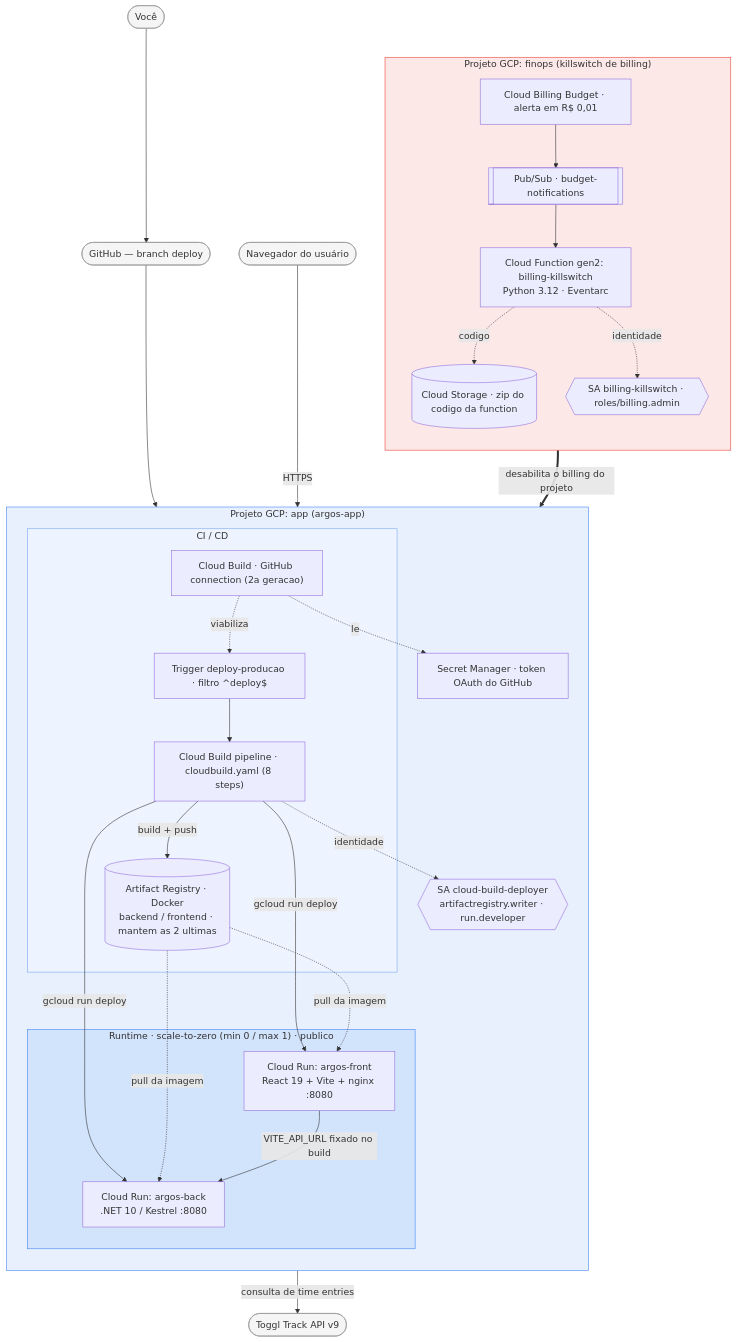
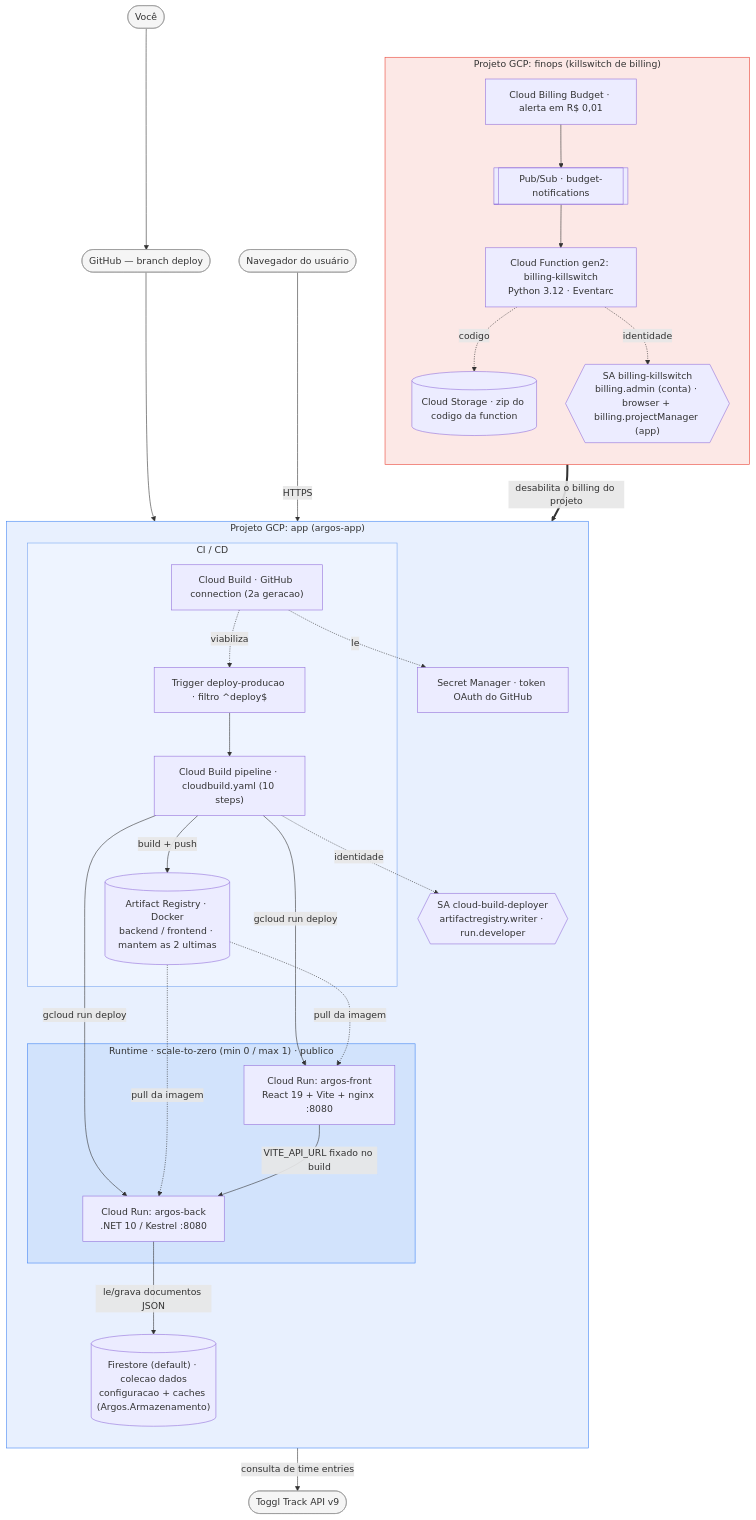
Before and after one commit to GlerystonMatos/argos: the diagram in argos-infra/README.md, drawn with Mermaid. The commit also changed other lines of this file and 86 other files, not shown here.

````diff
--- a/argos-infra/README.md
+++ b/argos-infra/README.md
@@ -10,57 +10,59 @@
 ```mermaid
 flowchart TB
     dev(["Você"]):::ext
     user(["Navegador do usuário"]):::ext
     toggl(["Toggl Track API v9"]):::ext
     gh(["GitHub — branch deploy"]):::ext
 
     subgraph APP["Projeto GCP: app (argos-app)"]
       direction TB
       subgraph CICD["CI / CD"]
         conn["Cloud Build · GitHub connection (2a geracao)"]
         trig["Trigger deploy-producao · filtro ^deploy$"]
-        pipe["Cloud Build pipeline · cloudbuild.yaml (8 steps)"]
+        pipe["Cloud Build pipeline · cloudbuild.yaml (10 steps)"]
         ar[("Artifact Registry · Docker<br/>backend / frontend · mantem as 2 ultimas")]
       end
       subgraph RUN["Runtime · scale-to-zero (min 0 / max 1) · publico"]
         be["Cloud Run: argos-back<br/>.NET 10 / Kestrel :8080"]
         fe["Cloud Run: argos-front<br/>React 19 + Vite + nginx :8080"]
       end
+      fs[("Firestore (default) · colecao dados<br/>configuracao + caches (Argos.Armazenamento)")]
       sm["Secret Manager · token OAuth do GitHub"]
       saD{{"SA cloud-build-deployer<br/>artifactregistry.writer · run.developer"}}
     end
 
     subgraph FIN["Projeto GCP: finops (killswitch de billing)"]
       direction TB
       bud["Cloud Billing Budget · alerta em R$ 0,01"]
       top[["Pub/Sub · budget-notifications"]]
       fn["Cloud Function gen2: billing-killswitch<br/>Python 3.12 · Eventarc"]
       gcs[("Cloud Storage · zip do codigo da function")]
-      saK{{"SA billing-killswitch · roles/billing.admin"}}
+      saK{{"SA billing-killswitch<br/>billing.admin (conta) · browser + billing.projectManager (app)"}}
     end
 
     dev --> gh --> trig --> pipe
     conn -. viabiliza .-> trig
     conn -. le .-> sm
     pipe -. identidade .-> saD
     pipe -->|"build + push"| ar
     pipe -->|"gcloud run deploy"| be
     pipe -->|"gcloud run deploy"| fe
     ar -. pull da imagem .-> be
     ar -. pull da imagem .-> fe
 
     user -->|HTTPS| fe
     fe -->|"VITE_API_URL fixado no build"| be
     be -->|"consulta de time entries"| toggl
+    be -->|"le/grava documentos JSON"| fs
 
     bud --> top --> fn
     fn -. codigo .-> gcs
     fn -. identidade .-> saK
     fn ==>|"desabilita o billing do projeto"| APP
 
     classDef ext fill:#f5f5f5,stroke:#999,color:#333;
     style APP fill:#e8f0fe,stroke:#4285f4
     style FIN fill:#fce8e6,stroke:#ea4335
     style RUN fill:#d2e3fc,stroke:#4285f4
     style CICD fill:#eef4ff,stroke:#7aa7f0
 ```
````
